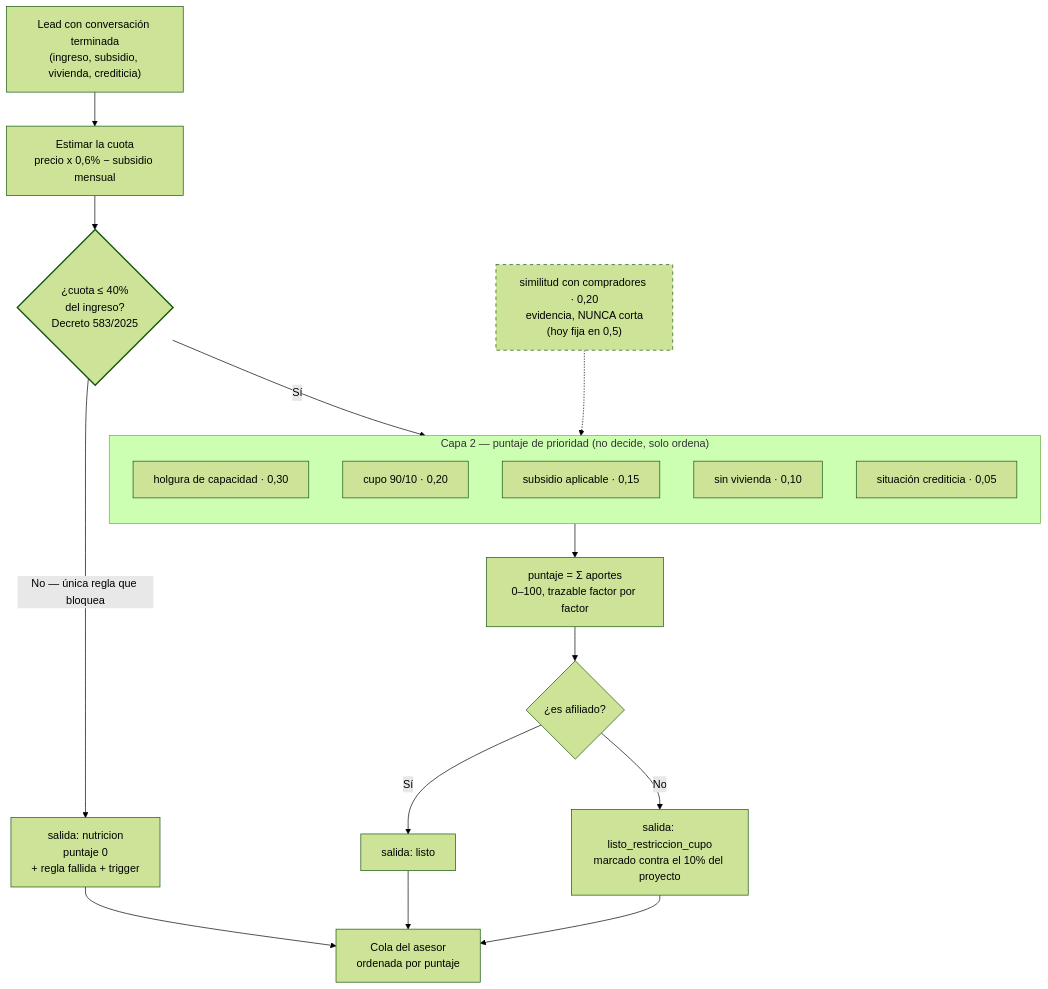
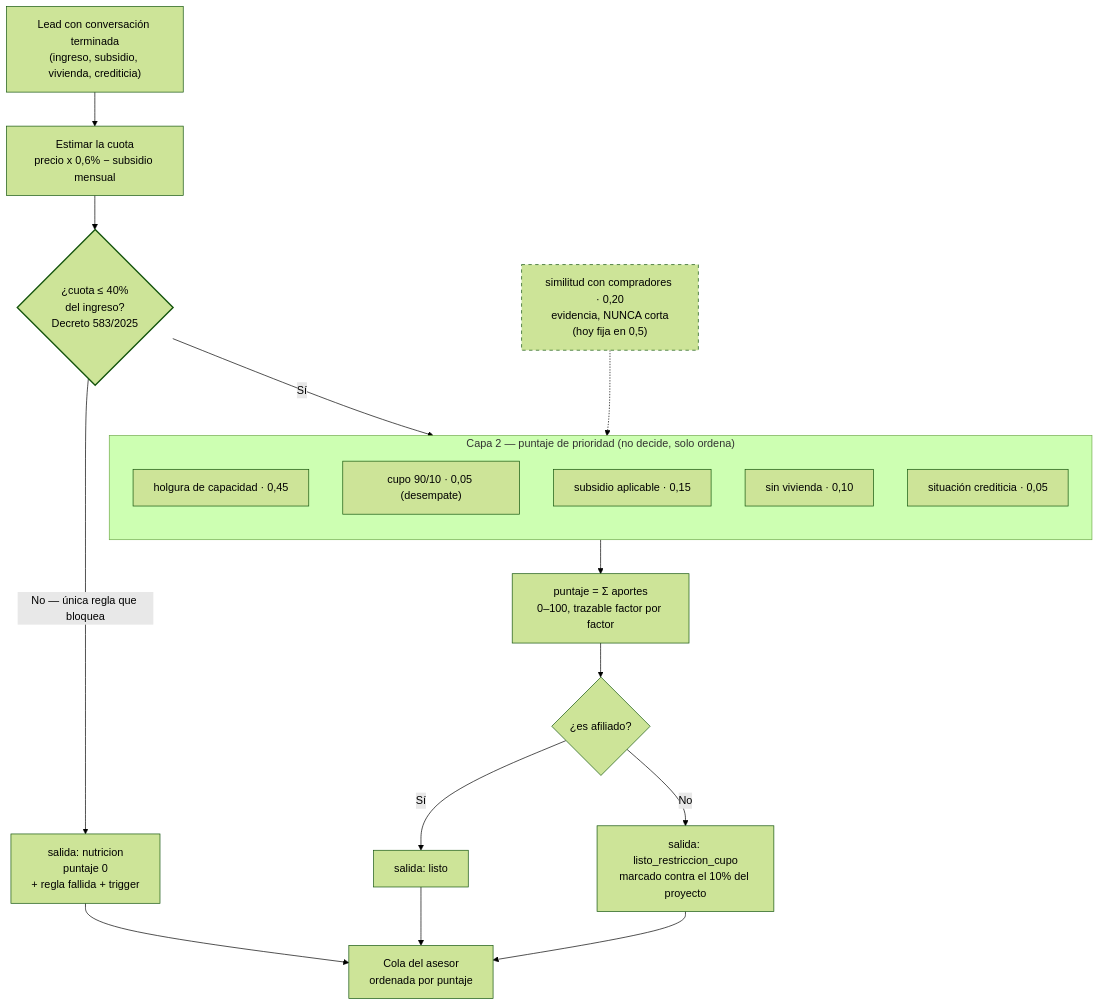
One commit to hackathon-30x-colsubsidio/mvp-reto-vivienda changed the diagram in docs/specs/03-scoring.md. Above: the diagram before and after it, drawn with Mermaid (forest theme). The commit also changed other lines of this file and 5 other files, not shown here.

````diff
--- a/docs/specs/03-scoring.md
+++ b/docs/specs/03-scoring.md
@@ -126,38 +128,38 @@
 ```mermaid
 flowchart TD
     LEAD["Lead con conversación terminada<br/>(ingreso, subsidio, vivienda, crediticia)"] --> CUOTA
 
     CUOTA["Estimar la cuota<br/>precio x 0,6% − subsidio mensual"] --> GATE
 
     GATE{"¿cuota ≤ 40%<br/>del ingreso?<br/>Decreto 583/2025"}
 
     GATE -->|"No — única regla que bloquea"| NUTRI["salida: nutricion<br/>puntaje 0<br/>+ regla fallida + trigger"]
 
     GATE -->|"Sí"| PESO
 
     subgraph PESO["Capa 2 — puntaje de prioridad (no decide, solo ordena)"]
         direction TB
-        F2["holgura de capacidad · 0,30"]
-        F3["cupo 90/10 · 0,20"]
+        F2["holgura de capacidad · 0,45"]
+        F3["cupo 90/10 · 0,05 (desempate)"]
         F5["subsidio aplicable · 0,15"]
         F6["sin vivienda · 0,10"]
         F7["situación crediticia · 0,05"]
     end
 
     SIM["similitud con compradores · 0,20<br/>evidencia, NUNCA corta<br/>(hoy fija en 0,5)"] -.-> PESO
 
     PESO --> SUMA["puntaje = Σ aportes<br/>0–100, trazable factor por factor"]
 
     SUMA --> AFIL{"¿es afiliado?"}
     AFIL -->|"Sí"| LISTO["salida: listo"]
     AFIL -->|"No"| CUPO["salida: listo_restriccion_cupo<br/>marcado contra el 10% del proyecto"]
 
     LISTO --> COLA["Cola del asesor<br/>ordenada por puntaje"]
     CUPO --> COLA
     NUTRI --> COLA
 
     classDef bloquea stroke-width:2px
     classDef propuesta stroke-dasharray: 5 5
     class GATE bloquea
     class SIM propuesta
 ```
````
